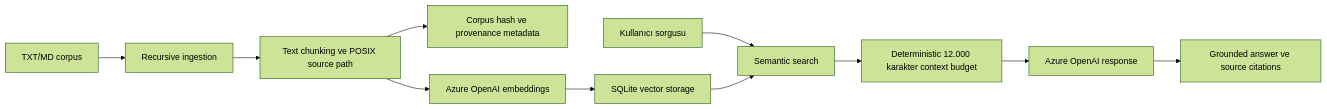
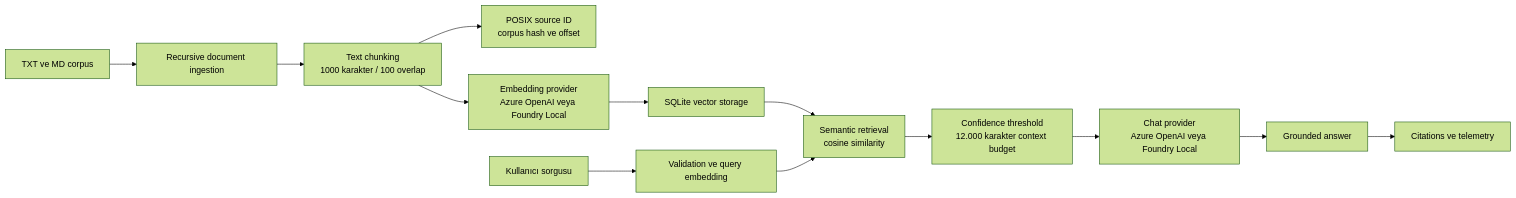
Before and after one commit to omrumcerenguler/foundry-rag-cloud: the second of 2 diagrams in README.md, drawn with Mermaid (forest theme). The commit also changed other lines of this file, not shown here.

Commit message:
docs: comprehensive enterprise architecture and production showcase update in README

````diff
--- a/README.md
+++ b/README.md
@@ -190,13 +316,15 @@
 ```mermaid
 flowchart LR
-    D[TXT/MD corpus] --> I[Recursive ingestion]
-    I --> C[Text chunking ve POSIX source path]
-    C --> H[Corpus hash ve provenance metadata]
-    C --> E[Azure OpenAI embeddings]
+    D[TXT ve MD corpus] --> I[Recursive document ingestion]
+    I --> C[Text chunking<br/>1000 karakter / 100 overlap]
+    C --> P[POSIX source ID<br/>corpus hash ve offset]
+    C --> E[Embedding provider<br/>Azure OpenAI veya Foundry Local]
     E --> S[SQLite vector storage]
-    Q[Kullanıcı sorgusu] --> SE[Semantic search]
-    S --> SE
-    SE --> B[Deterministic 12.000 karakter context budget]
-    B --> A[Azure OpenAI response]
-    A --> G[Grounded answer ve source citations]
+    Q[Kullanıcı sorgusu] --> QE[Validation ve query embedding]
+    S --> R[Semantic retrieval<br/>cosine similarity]
+    QE --> R
+    R --> B[Confidence threshold<br/>12.000 karakter context budget]
+    B --> G[Chat provider<br/>Azure OpenAI veya Foundry Local]
+    G --> A[Grounded answer]
+    A --> X[Citations ve telemetry]
 ```
````
